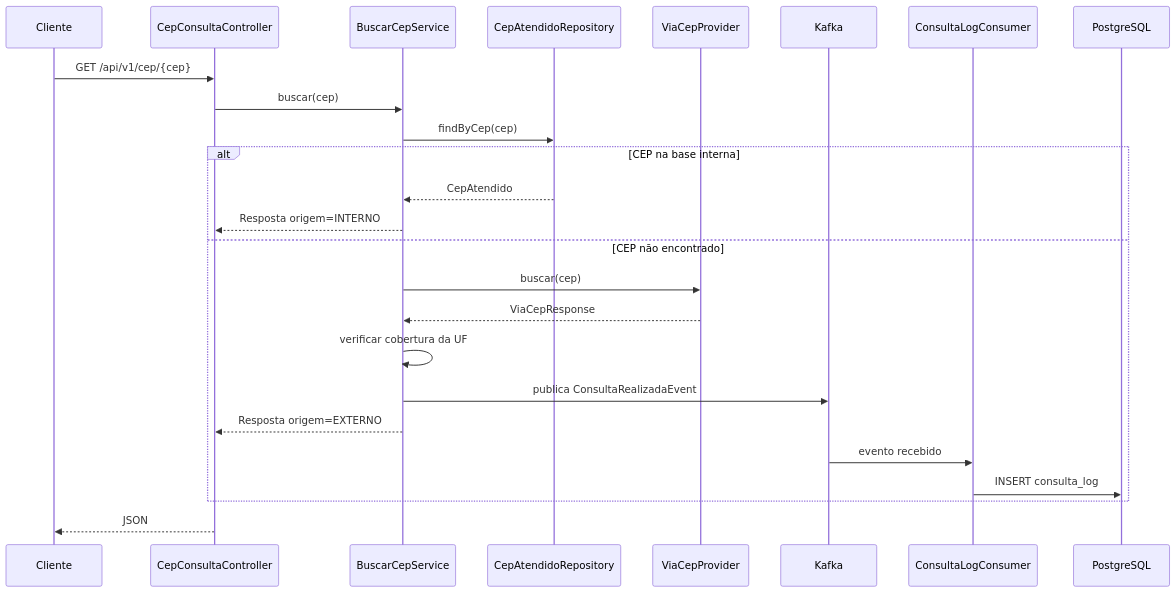
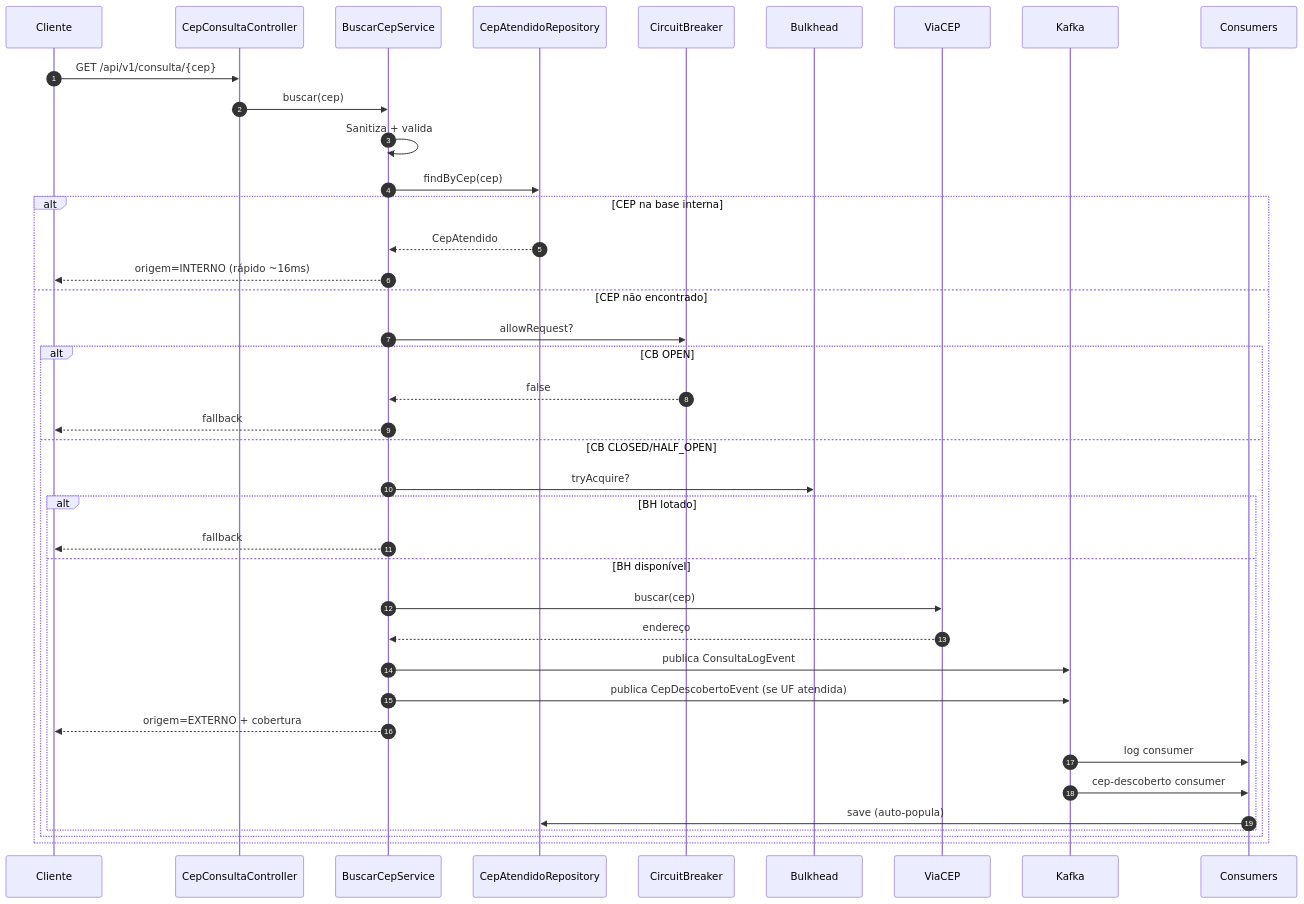
The second of 2 diagrams in README.md (DavidPrado/consulta-cep), drawn with Mermaid before and after one commit. The commit also changed other lines of this file, not shown here.

````diff
--- a/README.md
+++ b/README.md
@@ -167,30 +170,43 @@
 ```mermaid
 sequenceDiagram
+    autonumber
     participant U as Cliente
-    participant C as CepConsultaController
+    participant API as CepConsultaController
     participant S as BuscarCepService
     participant R as CepAtendidoRepository
-    participant P as ViaCepProvider
+    participant CB as CircuitBreaker
+    participant BH as Bulkhead
+    participant VC as ViaCEP
     participant K as Kafka
-    participant G as ConsultaLogConsumer
-    participant D as PostgreSQL
+    participant C as Consumers
 
-    U->>C: GET /api/v1/cep/{cep}
-    C->>S: buscar(cep)
+    U->>API: GET /api/v1/consulta/{cep}
+    API->>S: buscar(cep)
+    S->>S: Sanitiza + valida
     S->>R: findByCep(cep)
 
     alt CEP na base interna
         R-->>S: CepAtendido
-        S-->>C: Resposta origem=INTERNO
+        S-->>U: origem=INTERNO (rápido ~16ms)
     else CEP não encontrado
-        S->>P: buscar(cep)
-        P-->>S: ViaCepResponse
-        S->>S: verificar cobertura da UF
-        S->>K: publica ConsultaRealizadaEvent
-        S-->>C: Resposta origem=EXTERNO
-        K->>G: evento recebido
-        G->>D: INSERT consulta_log
+        S->>CB: allowRequest?
+        alt CB OPEN
+            CB-->>S: false
+            S-->>U: fallback
+        else CB CLOSED/HALF_OPEN
+            S->>BH: tryAcquire?
+            alt BH lotado
+                S-->>U: fallback
+            else BH disponível
+                S->>VC: buscar(cep)
+                VC-->>S: endereço
+                S->>K: publica ConsultaLogEvent
+                S->>K: publica CepDescobertoEvent (se UF atendida)
+                S-->>U: origem=EXTERNO + cobertura
+                K->>C: log consumer
+                K->>C: cep-descoberto consumer
+                C->>R: save (auto-popula)
+            end
+        end
     end
-
-    C-->>U: JSON
 ```
````
